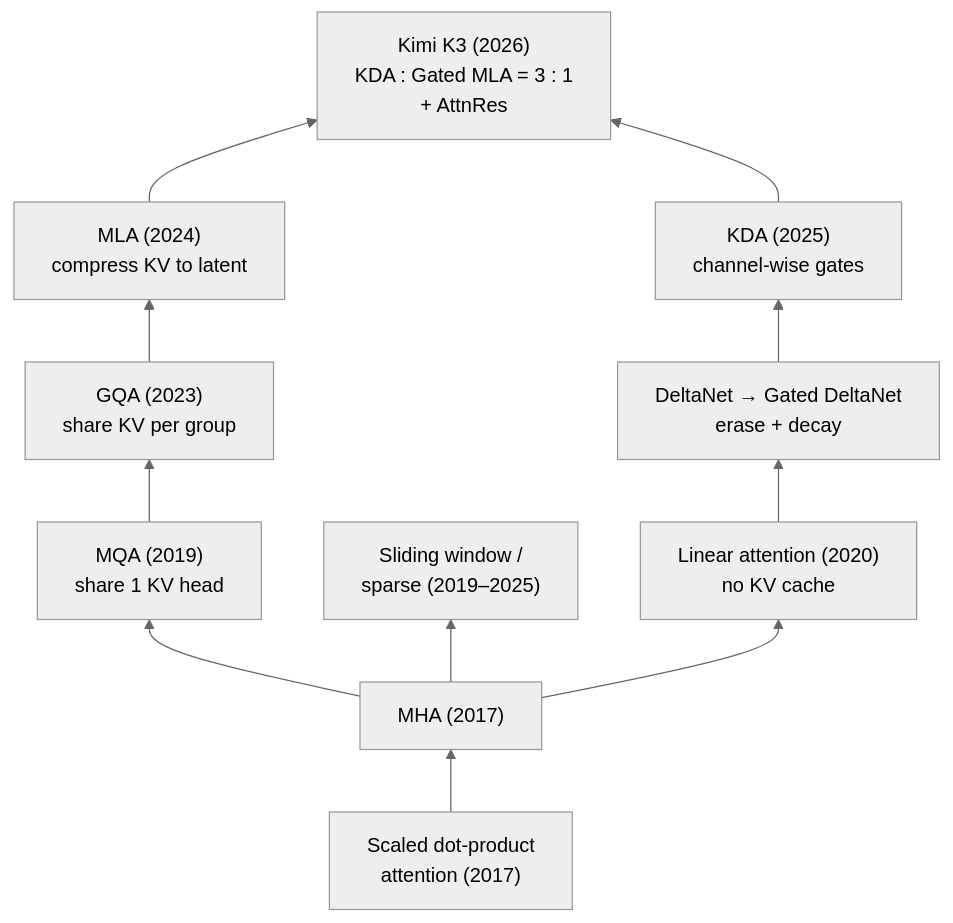
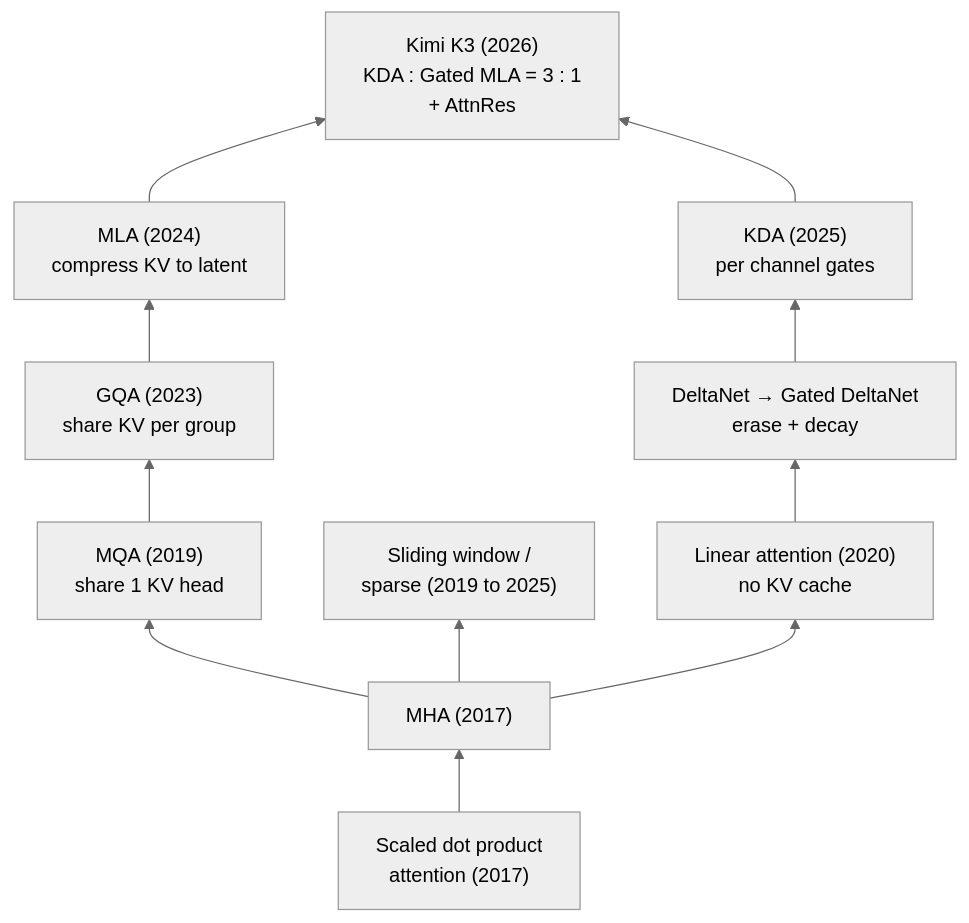
The ninth of 9 diagrams in _posts/2026-08-19-evolution-of-attention.md (hyunwonch/hyunwonch.github.io), drawn with Mermaid (neutral theme) before and after one commit. The commit also changed other lines of this file, not shown here.

Commit message:
Improve attention article accuracy

````diff
--- a/_posts/2026-08-19-evolution-of-attention.md
+++ b/_posts/2026-08-19-evolution-of-attention.md
@@ -276,14 +277,14 @@
 ```mermaid
 %%{init: {'flowchart': {'useMaxWidth': false}}}%%
 graph BT
-    SDPA["Scaled dot-product<br>attention (2017)"] --> MHA["MHA (2017)"]
+    SDPA["Scaled dot product<br>attention (2017)"] --> MHA["MHA (2017)"]
     MHA --> MQA["MQA (2019)<br>share 1 KV head"]
     MQA --> GQA["GQA (2023)<br>share KV per group"]
-    MHA --> SW["Sliding window /<br>sparse (2019–2025)"]
+    MHA --> SW["Sliding window /<br>sparse (2019 to 2025)"]
     GQA --> MLA["MLA (2024)<br>compress KV to latent"]
     MHA --> LIN["Linear attention (2020)<br>no KV cache"]
     LIN --> DELTA["DeltaNet → Gated DeltaNet<br>erase + decay"]
-    DELTA --> KDA["KDA (2025)<br>channel-wise gates"]
+    DELTA --> KDA["KDA (2025)<br>per channel gates"]
     MLA --> K3["Kimi K3 (2026)<br>KDA : Gated MLA = 3 : 1<br>+ AttnRes"]
     KDA --> K3
 ```
````
